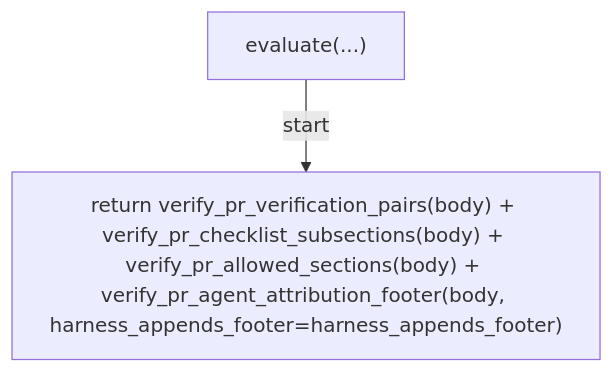
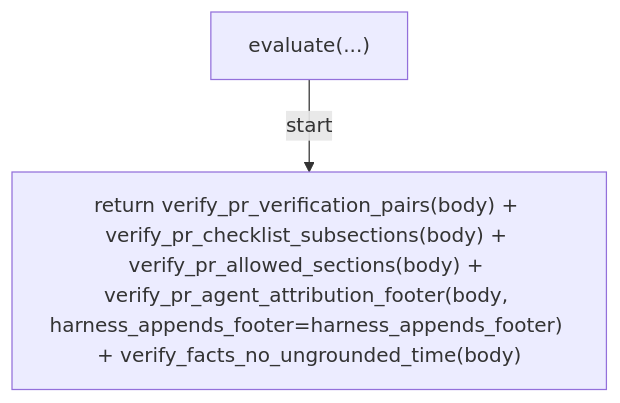
Before and after one commit to tvna/claude-md: the second of 4 diagrams in docs/generated/scripts/ast/preflight_pr_template_shape.md, drawn with Mermaid. The commit also changed 2 other files, not shown here.

Commit message:
docs(generated): regenerate decision tree and workflow diagrams
Refs #960

````diff
--- a/docs/generated/scripts/ast/preflight_pr_template_shape.md
+++ b/docs/generated/scripts/ast/preflight_pr_template_shape.md
@@ -18,6 +18,6 @@
 ```mermaid
 flowchart TD
     N001["evaluate(...)"]
-    N002["return verify_pr_verification_pairs(body) + verify_pr_checklist_subsections(body) + verify_pr_allowed_sections(body) + verify_pr_agent_attribution_footer(body, harness_appends_footer=harness_appends_footer)"]
+    N002["return verify_pr_verification_pairs(body) + verify_pr_checklist_subsections(body) + verify_pr_allowed_sections(body) + verify_pr_agent_attribution_footer(body, harness_appends_footer=harness_appends_footer) + verify_facts_no_ungrounded_time(body)"]
     N001 -->|"start"| N002
 ```
````
